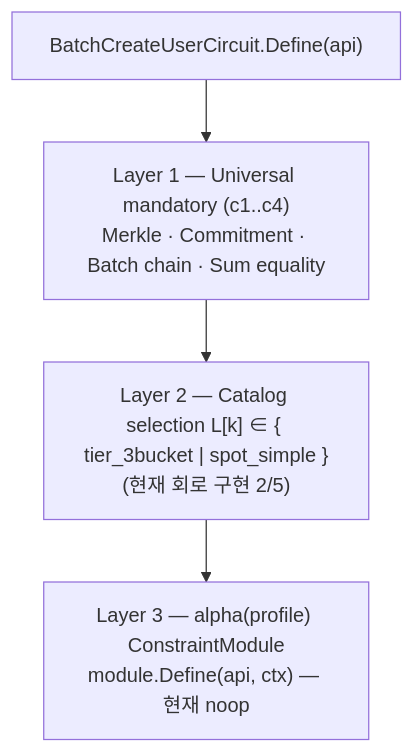
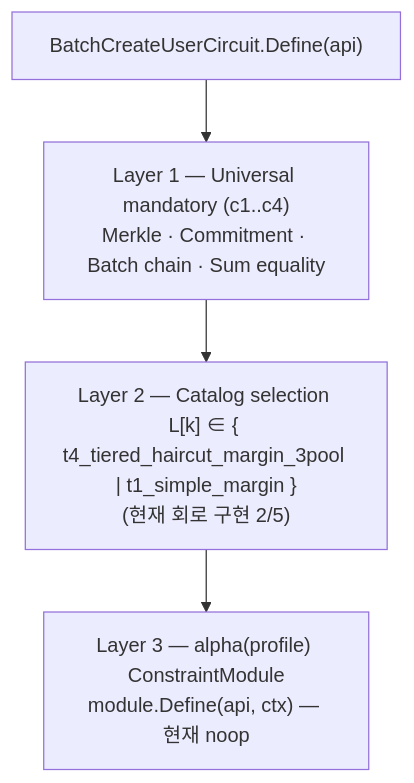
One commit to BetweenBits-org/zk-pos-ext changed the fourth of 6 diagrams in docs/03-system-architecture.md. Above: the diagram before and after it, drawn with Mermaid. The commit also changed other lines of this file and 108 other files, not shown here.

````diff
--- a/docs/03-system-architecture.md
+++ b/docs/03-system-architecture.md
@@ -121,11 +121,11 @@
 ```mermaid
 flowchart TB
   Top["BatchCreateUserCircuit.Define(api)"]
   L1["Layer 1 — Universal mandatory (c1..c4)<br/>Merkle · Commitment · Batch chain · Sum equality"]
-  L2["Layer 2 — Catalog selection L[k] ∈ { tier_3bucket | spot_simple }<br/>(현재 회로 구현 2/5)"]
+  L2["Layer 2 — Catalog selection L[k] ∈ { t4_tiered_haircut_margin_3pool | t1_simple_margin }<br/>(현재 회로 구현 2/5)"]
   L3["Layer 3 — alpha(profile) ConstraintModule<br/>module.Define(api, ctx) — 현재 noop"]
 
   Top --> L1
   L1 --> L2
   L2 --> L3
 ```
````
